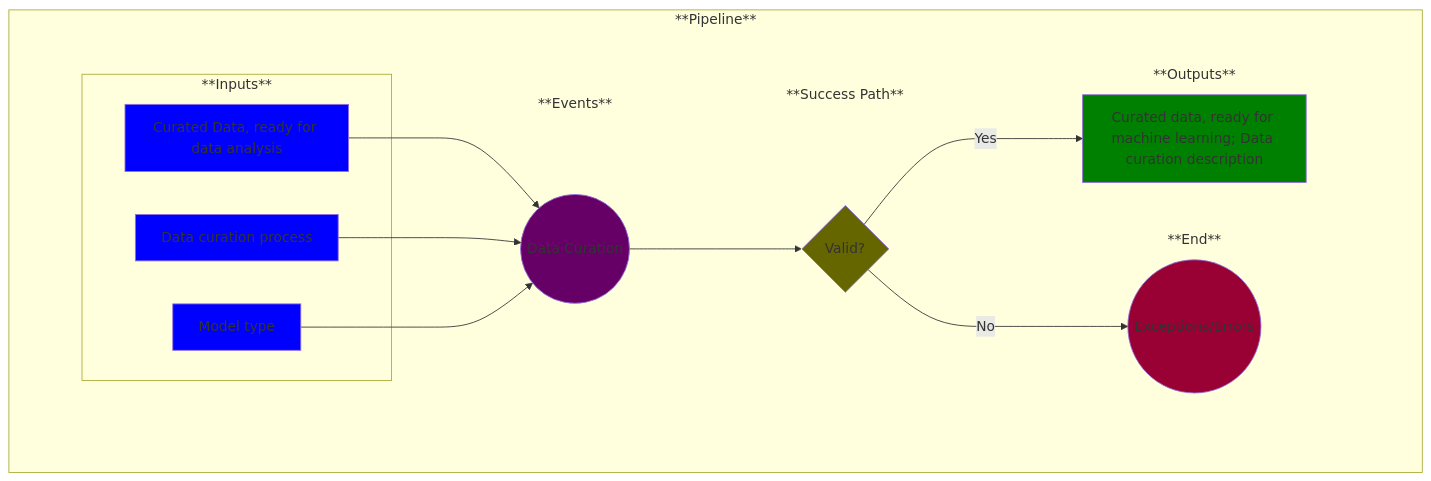
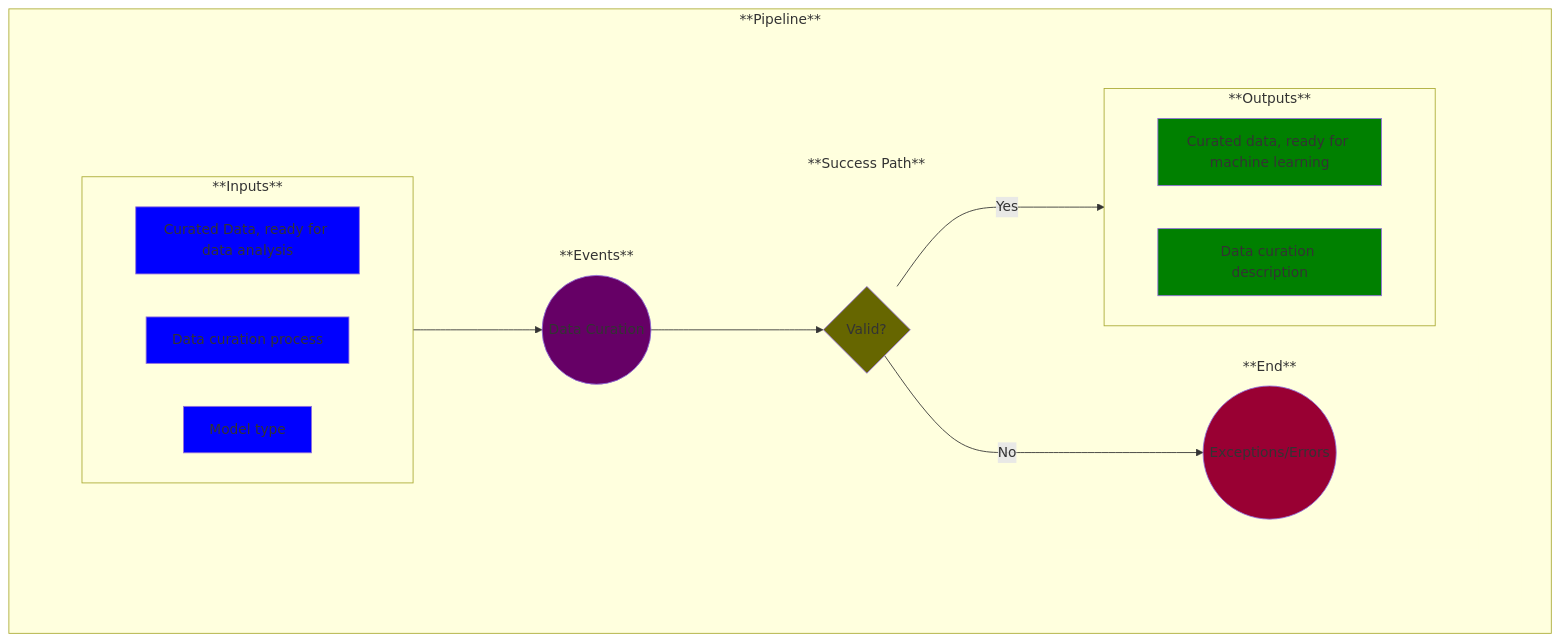
The diagram in use-cases/6-data-ml-ready.md (MLOps-OpenAPI/arch-diagrams), drawn with Mermaid before and after one commit. The commit also changed other lines of this file and 20 other files, not shown here.

Commit message:
Switched arrows to groups rather than individual inputs/outputs

````diff
--- a/use-cases/6-data-ml-ready.md
+++ b/use-cases/6-data-ml-ready.md
@@ -18,78 +18,74 @@
 ```mermaid
 
 %% Creating a left-to-right flowchart
 %% Learn the syntax here: https://mermaid.js.org/syntax/flowchart.html
 %% Note: flowchart and graph are the same in Mermaid
 graph LR;
 
     %% Define the common flow items:
     %%A--> B
     %%B-->C
     subgraph Pipeline ["**Pipeline**"]
         
         %% Add an empty node to overcome some formatting issues
         subgraph invisibleSpace["<br/>"]
 
             %% Add the rest of the nodes
             subgraph Inputs ["**Inputs**"]
                 A1
-            end
-            subgraph Inputs ["**Inputs**"]
                 A2
-            end
-            subgraph Inputs ["**Inputs**"]
                 A3 
             end
             subgraph Events ["**Events**"]
                 B
             end
             subgraph Success ["**Success Path**"]
                 C
             end
             subgraph End ["**End**"]
                 D
             end
             subgraph Outputs ["**Outputs**"]
-                E
+                E1
+                E2
             end
         end
-        A1-->B
-        A2-->B
-        A3-->B
+        Inputs-->B
         B-->C
-        C--> | Yes | E
+        C--> | Yes | Outputs
         C--> | No | D
     end
 
     %% Now label and style the blocks
     %% Note: You could have done this above, but I find this to be cleaner and easier to manage
 
     A1[Curated Data, ready for data analysis]
     style A1 fill:blue
 
     A2[Data curation process]
     style A2 fill:blue
 
     A3[Model type]
     style A3 fill:blue
 
     B((Data Curation))
     style B fill:#660066
 
     C{Valid?}
     style C fill:#666600
 
     D((Exceptions/Errors))
     style D fill:#990033
 
-    E[Curated data, ready for machine learning; Data curation description]
-    style E fill:green
+    E1[Curated data, ready for machine learning]
+    style E1 fill:green
+
+    E2[Data curation description]
+    style E2 fill:green
 
     %% Remove unnecessary box outlines
     style invisibleSpace stroke-width:0
-    style Inputs stroke-width:0
     style Events stroke-width:0
-    style Outputs stroke-width:0
     style End stroke-width:0
     style Success stroke-width:0
 ```
````
